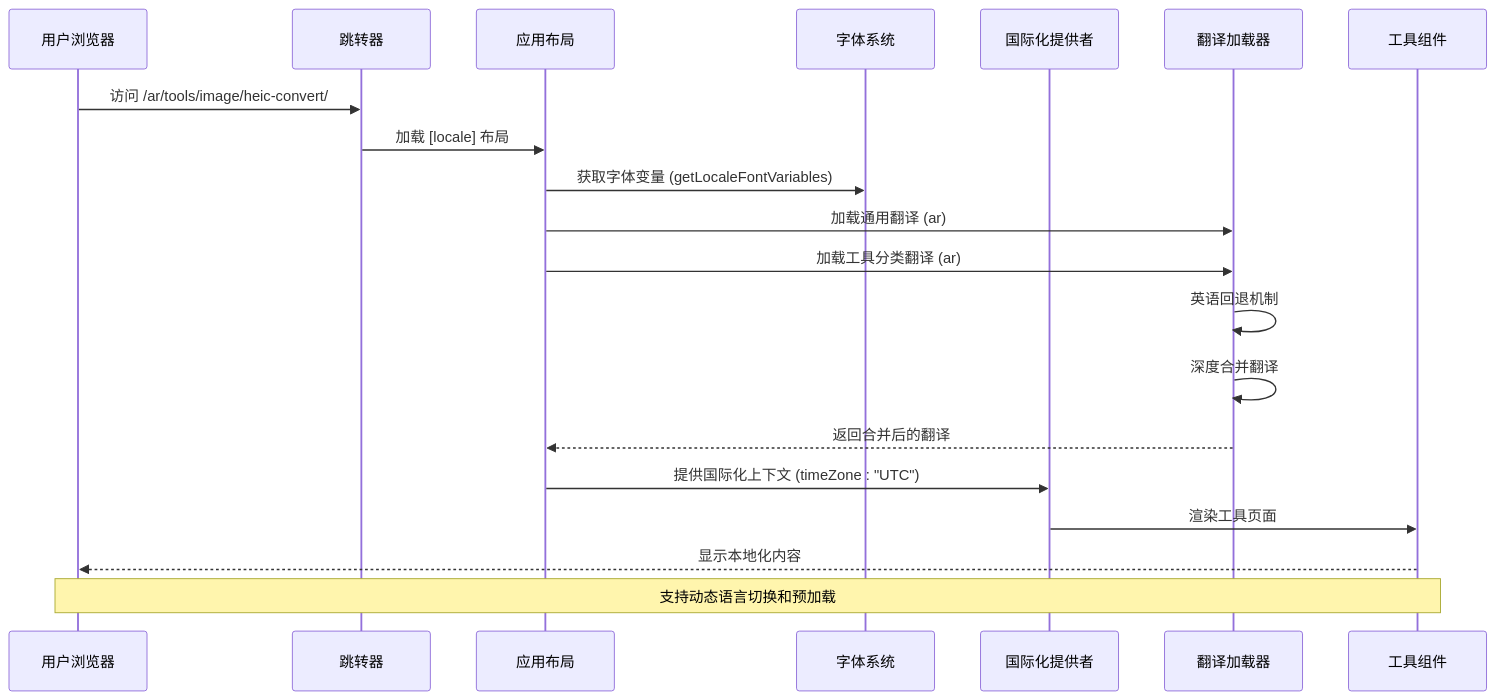
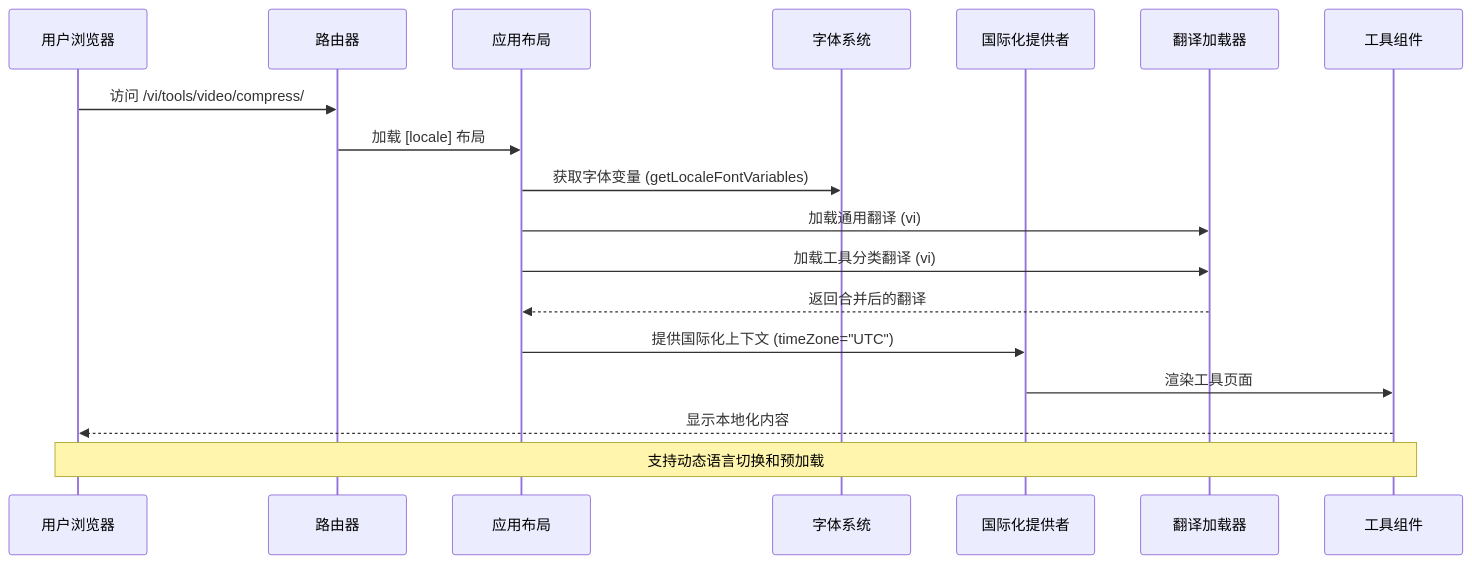
One commit to sgyy/privadeck changed the sixth of 12 diagrams in .qoder/repowiki/zh/content/技术架构/国际化系统.md. Above: the diagram before and after it, drawn with Mermaid. The commit also changed other lines of this file and 23 other files, not shown here.

````diff
--- a/.qoder/repowiki/zh/content/技术架构/国际化系统.md
+++ b/.qoder/repowiki/zh/content/技术架构/国际化系统.md
@@ -565,22 +359,20 @@
 ```mermaid
 sequenceDiagram
 participant User as 用户浏览器
-participant Router as 跳转器
+participant Router as 路由器
 participant Layout as 应用布局
 participant Fonts as 字体系统
 participant Provider as 国际化提供者
 participant Messages as 翻译加载器
 participant Tools as 工具组件
-User->>Router : 访问 /ar/tools/image/heic-convert/
+User->>Router : 访问 /vi/tools/video/compress/
 Router->>Layout : 加载 [locale] 布局
 Layout->>Fonts : 获取字体变量 (getLocaleFontVariables)
-Layout->>Messages : 加载通用翻译 (ar)
-Layout->>Messages : 加载工具分类翻译 (ar)
-Messages->>Messages : 英语回退机制
-Messages->>Messages : 深度合并翻译
+Layout->>Messages : 加载通用翻译 (vi)
+Layout->>Messages : 加载工具分类翻译 (vi)
 Messages-->>Layout : 返回合并后的翻译
-Layout->>Provider : 提供国际化上下文 (timeZone : "UTC")
+Layout->>Provider : 提供国际化上下文 (timeZone="UTC")
 Provider->>Tools : 渲染工具页面
 Tools-->>User : 显示本地化内容
 Note over User,Tools : 支持动态语言切换和预加载
 ```
````
